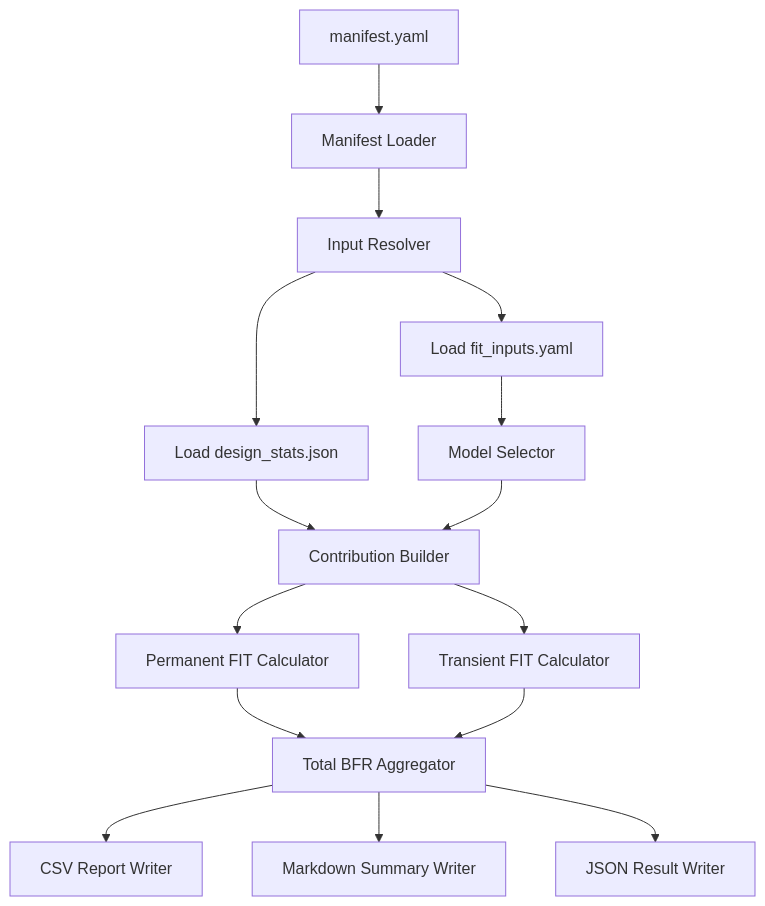
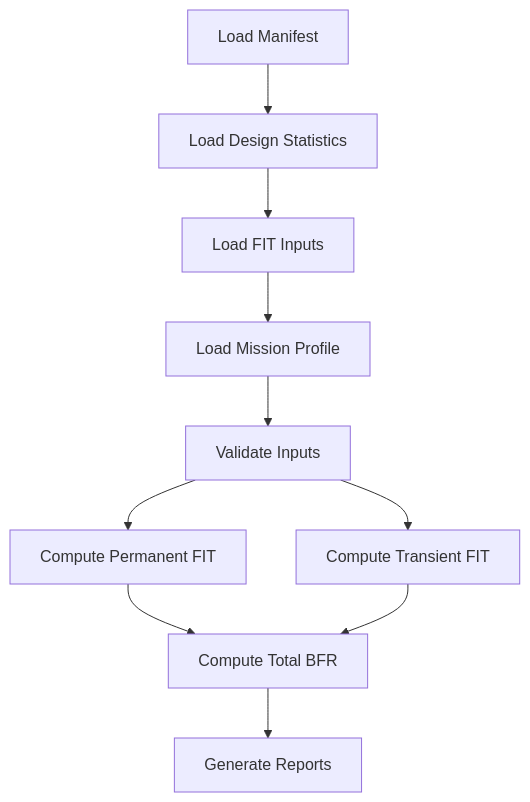
Before and after one commit to qiqixixi1001/automotive-safeic-practice: diagram 12 of 14 in articles/03_automotive_safeic_practice_d03_github_en_generic.md, drawn with Mermaid. The commit also changed other lines of this file, not shown here.

````diff
--- a/articles/03_automotive_safeic_practice_d03_github_en_generic.md
+++ b/articles/03_automotive_safeic_practice_d03_github_en_generic.md
@@ -567,17 +959,12 @@
 ```mermaid
 flowchart TD
-    A[manifest.yaml] --> B[Manifest Loader]
-    B --> C[Input Resolver]
-    C --> D[Load design_stats.json]
-    C --> E[Load fit_inputs.yaml]
-    E --> F[Model Selector]
-    D --> G[Contribution Builder]
-    F --> G
-    G --> H[Permanent FIT Calculator]
-    G --> I[Transient FIT Calculator]
-    H --> J[Total BFR Aggregator]
-    I --> J
-    J --> K[CSV Report Writer]
-    J --> L[Markdown Summary Writer]
-    J --> M[JSON Result Writer]
+    A[Load Manifest] --> B[Load Design Statistics]
+    B --> C[Load FIT Inputs]
+    C --> D[Load Mission Profile]
+    D --> E[Validate Inputs]
+    E --> F[Compute Permanent FIT]
+    E --> G[Compute Transient FIT]
+    F --> H[Compute Total BFR]
+    G --> H
+    H --> I[Generate Reports]
 ```
````
